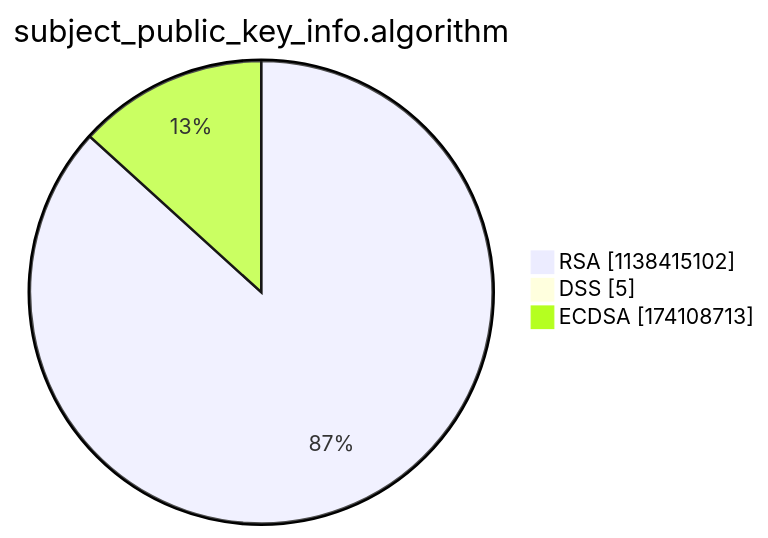
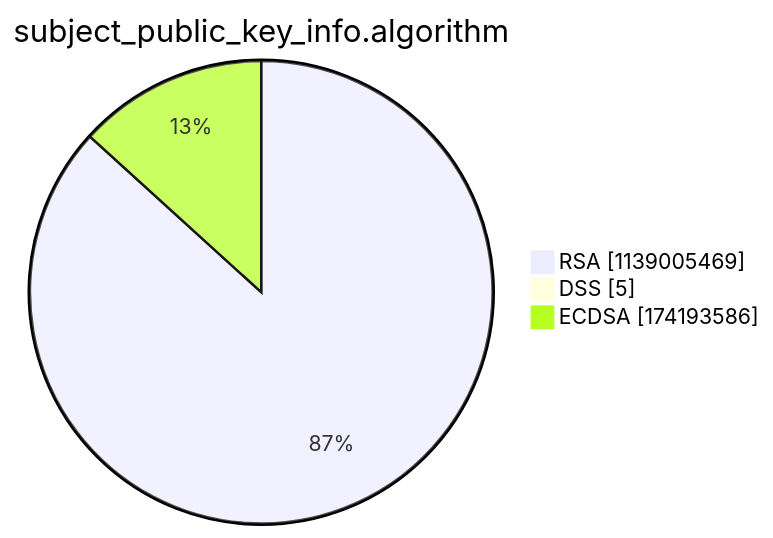
Before and after one commit to christiankrug/ctmonitor_visualization: the third of 15 diagrams in argon2022/README.md, drawn with Mermaid. The commit also changed other lines of this file, not shown here.

````diff
--- a/argon2022/README.md
+++ b/argon2022/README.md
@@ -14,7 +14,7 @@
 ```mermaid
 pie showData
 title subject_public_key_info.algorithm
-"RSA" :1138415102
+"RSA" :1139005469
 "DSS" :5
-"ECDSA" :174108713
+"ECDSA" :174193586
 ```
````
